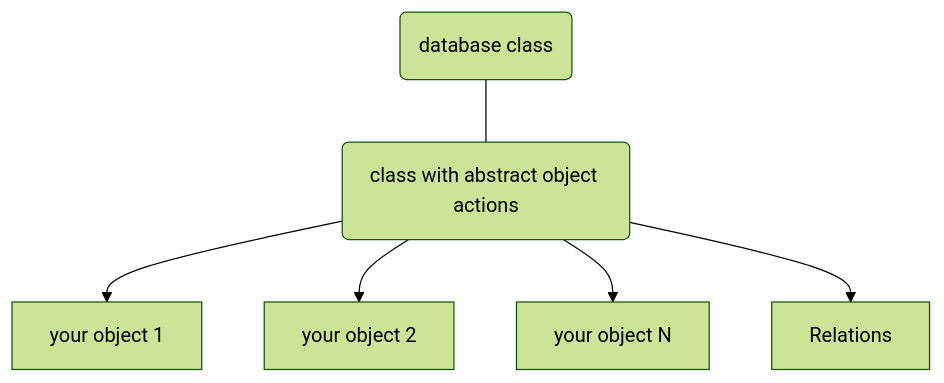
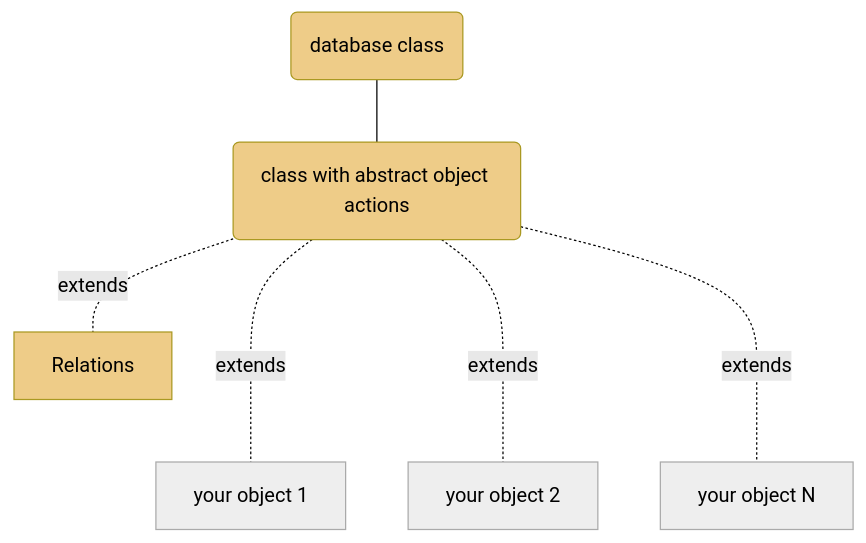
The diagram in docs/10_Introduction.md (axelhahn/php-abstract-dbo), drawn with Mermaid (forest theme) before and after one commit. The commit also changed other lines of this file and 3 other files, not shown here.

````diff
--- a/docs/10_Introduction.md
+++ b/docs/10_Introduction.md
@@ -34,8 +32,11 @@
 ```mermaid
 flowchart TD
-    A(database class) --- B(class with abstract object actions)
-    B --> C1[your object 1]
-    B --> C2[your object 2]
-    B --> C3[your object N]
-    B --> D[Relations]
+    A(database class):::orange --- B(class with abstract object actions):::orange
+    B -..- |extends| C1[your object 1]:::gray
+    B -..- |extends| C2[your object 2]:::gray
+    B -..- |extends| C3[your object N]:::gray
+    B -.-  |extends| D[Relations]:::orange
+
+    classDef orange fill:#ec8,stroke:#a92
+    classDef gray fill:#eee,stroke:#aaa
 ```
````
